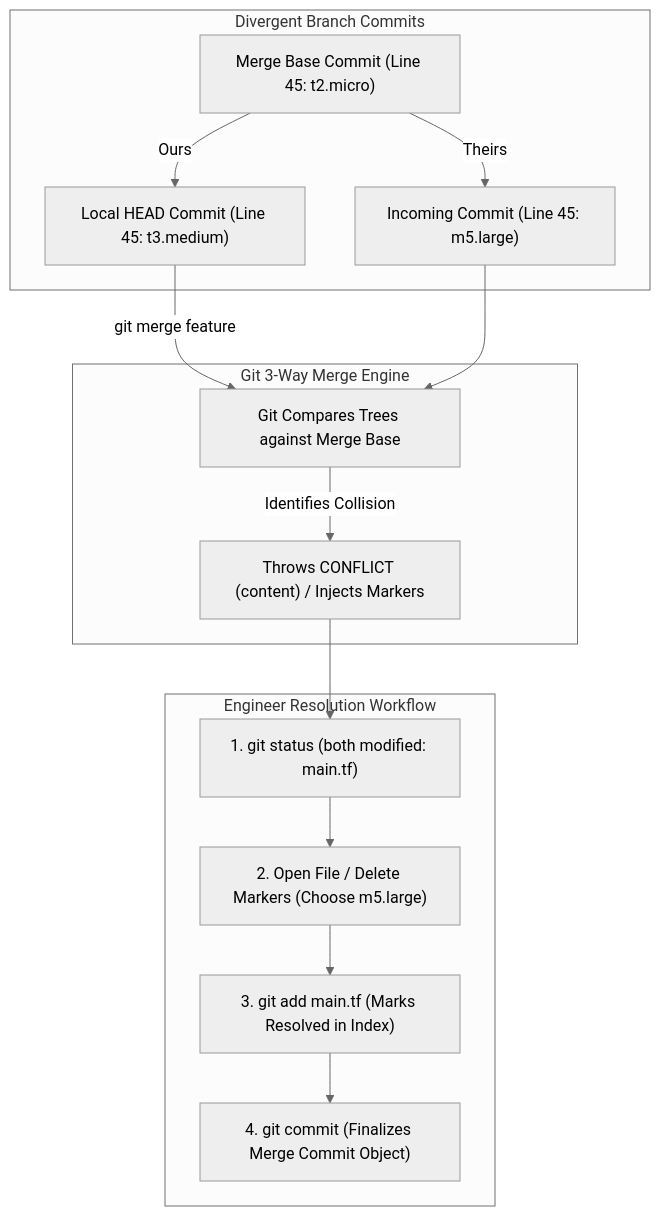
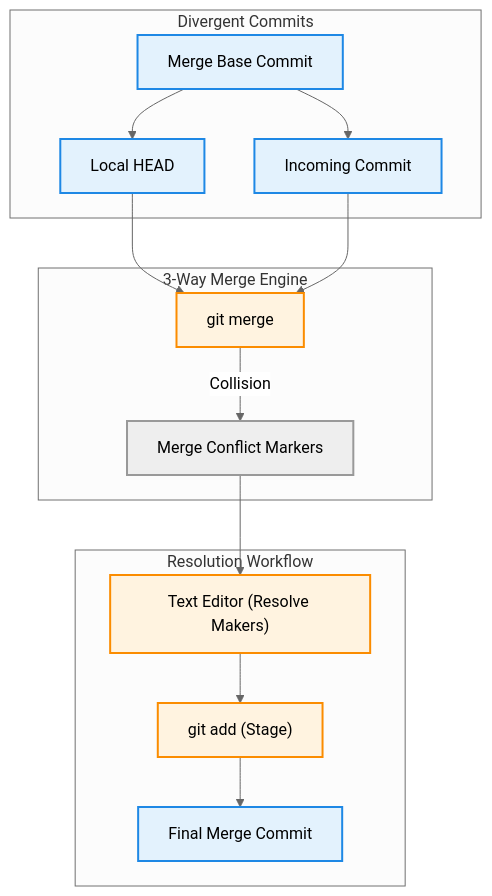
Before and after one commit to aloysiuspattath/platform-engineering-ai-course: the diagram in courses/platform-engineering/modules/module-05/lesson-04.md, drawn with Mermaid (neutral theme). The commit also changed 114 other files, not shown here.

Commit message:
refactor: massive swarm diagram review enforcing architectural layers and strict color palette

````diff
--- a/courses/platform-engineering/modules/module-05/lesson-04.md
+++ b/courses/platform-engineering/modules/module-05/lesson-04.md
@@ -110,20 +110,29 @@
 ```mermaid
 flowchart TD
-    subgraph DivergentBranches [Divergent Branch Commits]
-        BASE["Merge Base Commit (Line 45: t2.micro)"] -->|Ours| HEAD["Local HEAD Commit (Line 45: t3.medium)"]
-        BASE -->|Theirs| FEAT["Incoming Commit (Line 45: m5.large)"]
+    classDef commit fill:#e3f2fd,stroke:#1e88e5,stroke-width:2px;
+    classDef action fill:#fff3e0,stroke:#fb8c00,stroke-width:2px;
+    classDef file fill:#eeeeee,stroke:#999999,stroke-width:2px;
+
+    subgraph Graph [Divergent Commits]
+        BASE["Merge Base Commit"]:::commit --> HEAD["Local HEAD"]:::commit
+        BASE --> FEAT["Incoming Commit"]:::commit
     end
 
-    subgraph MergeEngine [Git 3-Way Merge Engine]
-        HEAD -->|git merge feature| MERGE["Git Compares Trees against Merge Base"]
+    subgraph Engine [3-Way Merge Engine]
+        MERGE["git merge"]:::action
+        CONFLICT["Merge Conflict Markers"]:::file
+        HEAD --> MERGE
         FEAT --> MERGE
-        MERGE -->|Identifies Collision| CONFLICT["Throws CONFLICT (content) / Injects Markers"]
+        MERGE -->|Collision| CONFLICT
     end
 
-    subgraph ResolutionWorkflow [Engineer Resolution Workflow]
-        CONFLICT --> STATUS["1. git status (both modified: main.tf)"]
-        STATUS --> EDIT["2. Open File / Delete Markers (Choose m5.large)"]
-        EDIT --> ADD["3. git add main.tf (Marks Resolved in Index)"]
-        ADD --> COMMIT["4. git commit (Finalizes Merge Commit Object)"]
+    subgraph Resolution [Resolution Workflow]
+        EDIT["Text Editor (Resolve Makers)"]:::action
+        ADD["git add (Stage)"]:::action
+        NEW_COMMIT["Final Merge Commit"]:::commit
+        
+        CONFLICT --> EDIT
+        EDIT --> ADD
+        ADD --> NEW_COMMIT
     end
 ```
````
